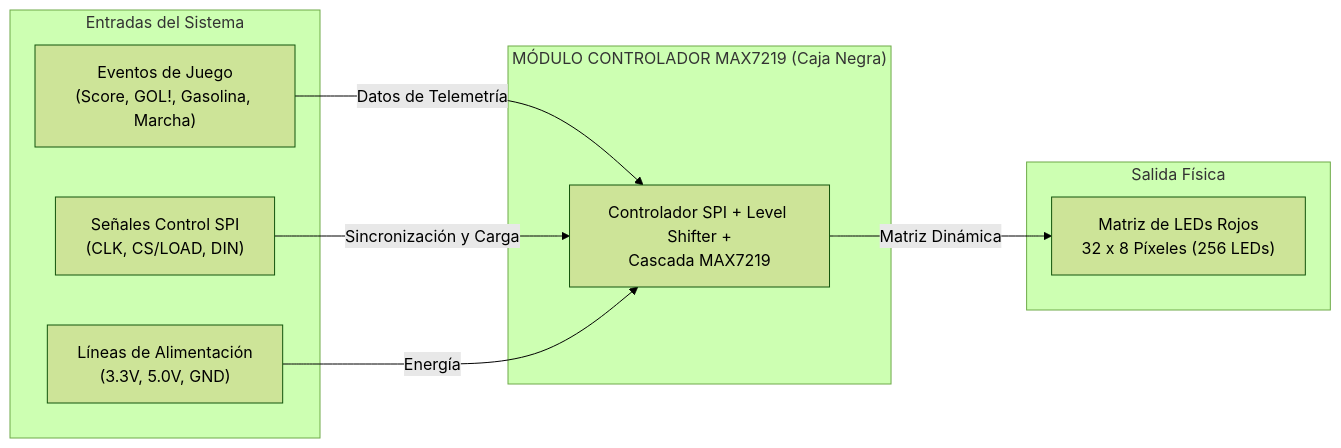
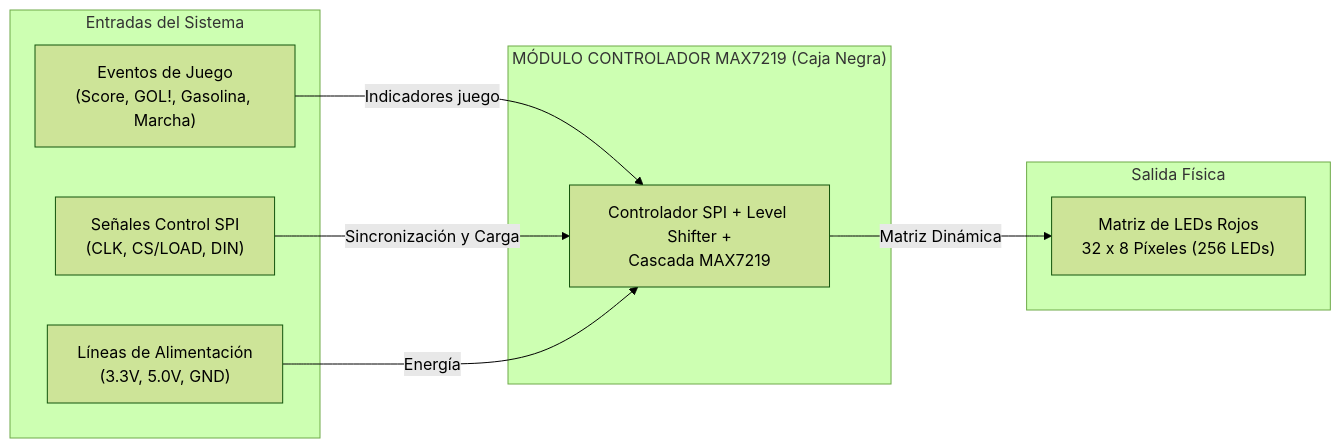
One commit to KUBIX2026/MAX7219- changed the first of 2 diagrams in README.md. Above: the diagram before and after it, drawn with Mermaid (forest theme).

Commit message:
Update telemetry data label to game indicators

````diff
--- a/README.md
+++ b/README.md
@@ -46,21 +46,21 @@
 ```mermaid
 graph LR
     subgraph Entradas ["Entradas del Sistema"]
         E1["Eventos de Juego<br>(Score, GOL!, Gasolina, Marcha)"]
         E2["Señales Control SPI<br>(CLK, CS/LOAD, DIN)"]
         E3["Líneas de Alimentación<br>(3.3V, 5.0V, GND)"]
     end
 
     subgraph BlackBox ["MÓDULO CONTROLADOR MAX7219 (Caja Negra)"]
         CB["Controlador SPI + Level Shifter +<br>Cascada MAX7219"]
     end
 
     subgraph Salida ["Salida Física"]
         S1["Matriz de LEDs Rojos<br>32 x 8 Píxeles (256 LEDs)"]
     end
 
-    E1 -->|Datos de Telemetría| CB
+    E1 -->|Indicadores juego| CB
     E2 -->|Sincronización y Carga| CB
     E3 -->|Energía| CB
     CB -->|Matriz Dinámica| S1
 ```
````
